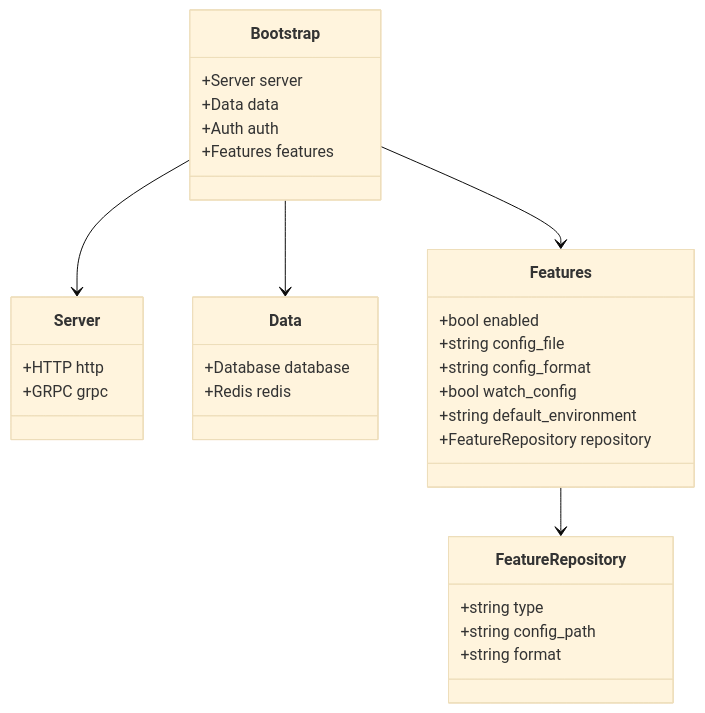
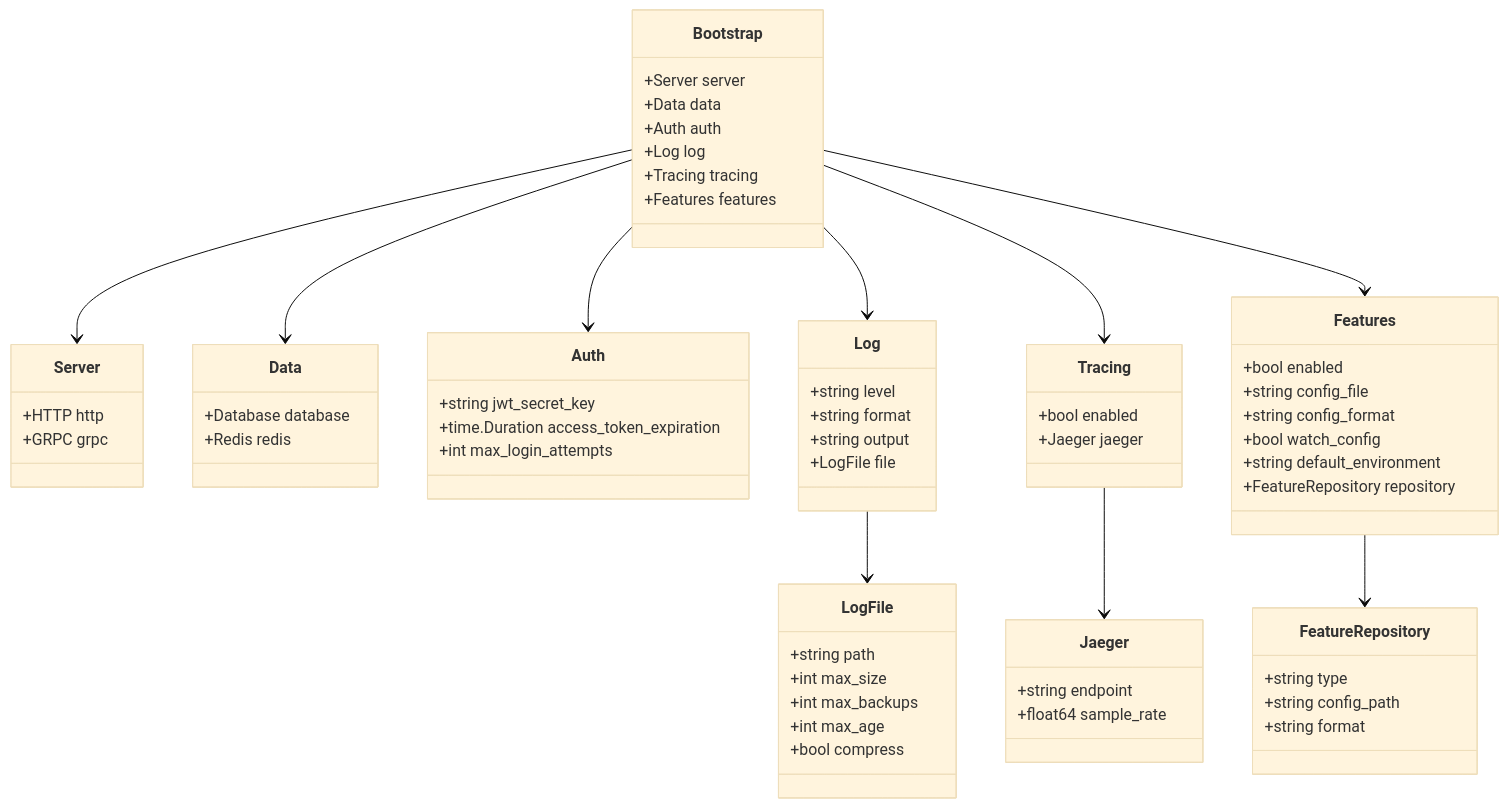
One commit to 26huitailang/kratos-boilerplate changed the second of 3 diagrams in .qoder/repowiki/zh/content/Configuration/Configuration.md. Above: the diagram before and after it, drawn with Mermaid (base theme). The commit also changed other lines of this file and 31 other files, not shown here.

````diff
--- a/.qoder/repowiki/zh/content/Configuration/Configuration.md
+++ b/.qoder/repowiki/zh/content/Configuration/Configuration.md
@@ -165,34 +238,67 @@
 ```mermaid
 classDiagram
 class Bootstrap {
 +Server server
 +Data data
 +Auth auth
++Log log
++Tracing tracing
 +Features features
 }
 class Server {
 +HTTP http
 +GRPC grpc
 }
 class Data {
 +Database database
 +Redis redis
+}
+class Auth {
++string jwt_secret_key
++time.Duration access_token_expiration
++int max_login_attempts
+}
+class Log {
++string level
++string format
++string output
++LogFile file
+}
+class Tracing {
++bool enabled
++Jaeger jaeger
 }
 class Features {
 +bool enabled
 +string config_file
 +string config_format
 +bool watch_config
 +string default_environment
 +FeatureRepository repository
 }
 class FeatureRepository {
 +string type
 +string config_path
 +string format
 }
+class LogFile {
++string path
++int max_size
++int max_backups
++int max_age
++bool compress
+}
+class Jaeger {
++string endpoint
++float64 sample_rate
+}
 Bootstrap --> Server
 Bootstrap --> Data
+Bootstrap --> Auth
+Bootstrap --> Log
+Bootstrap --> Tracing
 Bootstrap --> Features
 Features --> FeatureRepository
+Log --> LogFile
+Tracing --> Jaeger
 ```
````
